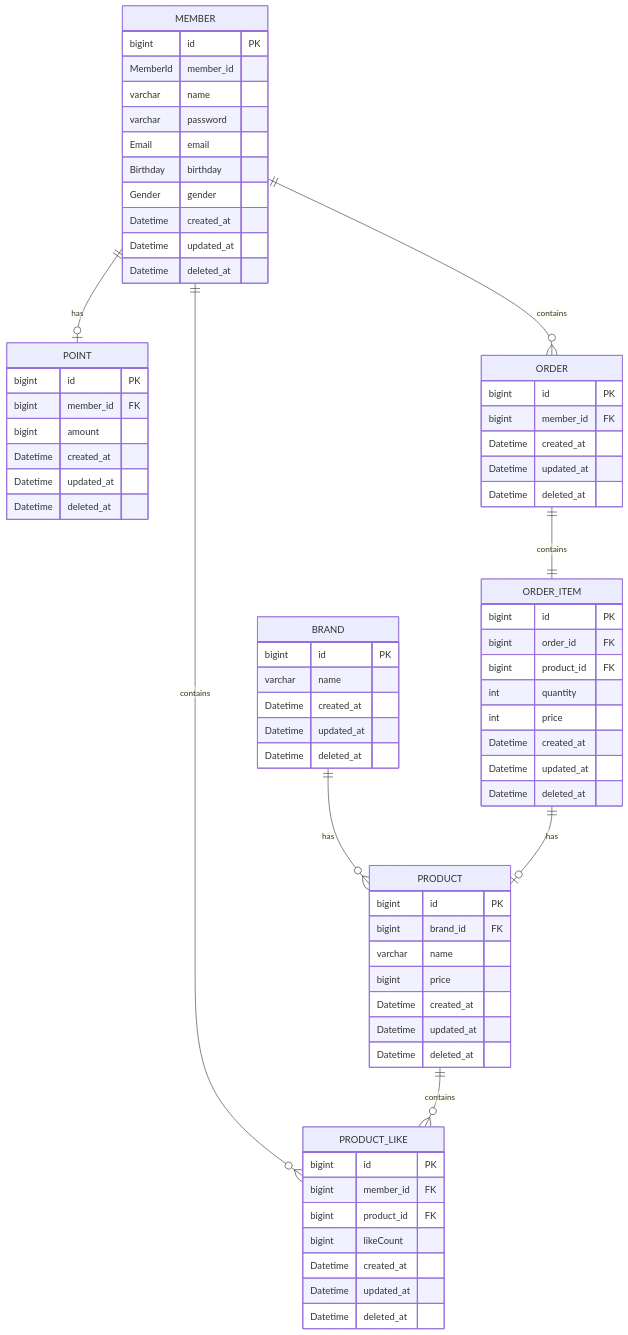
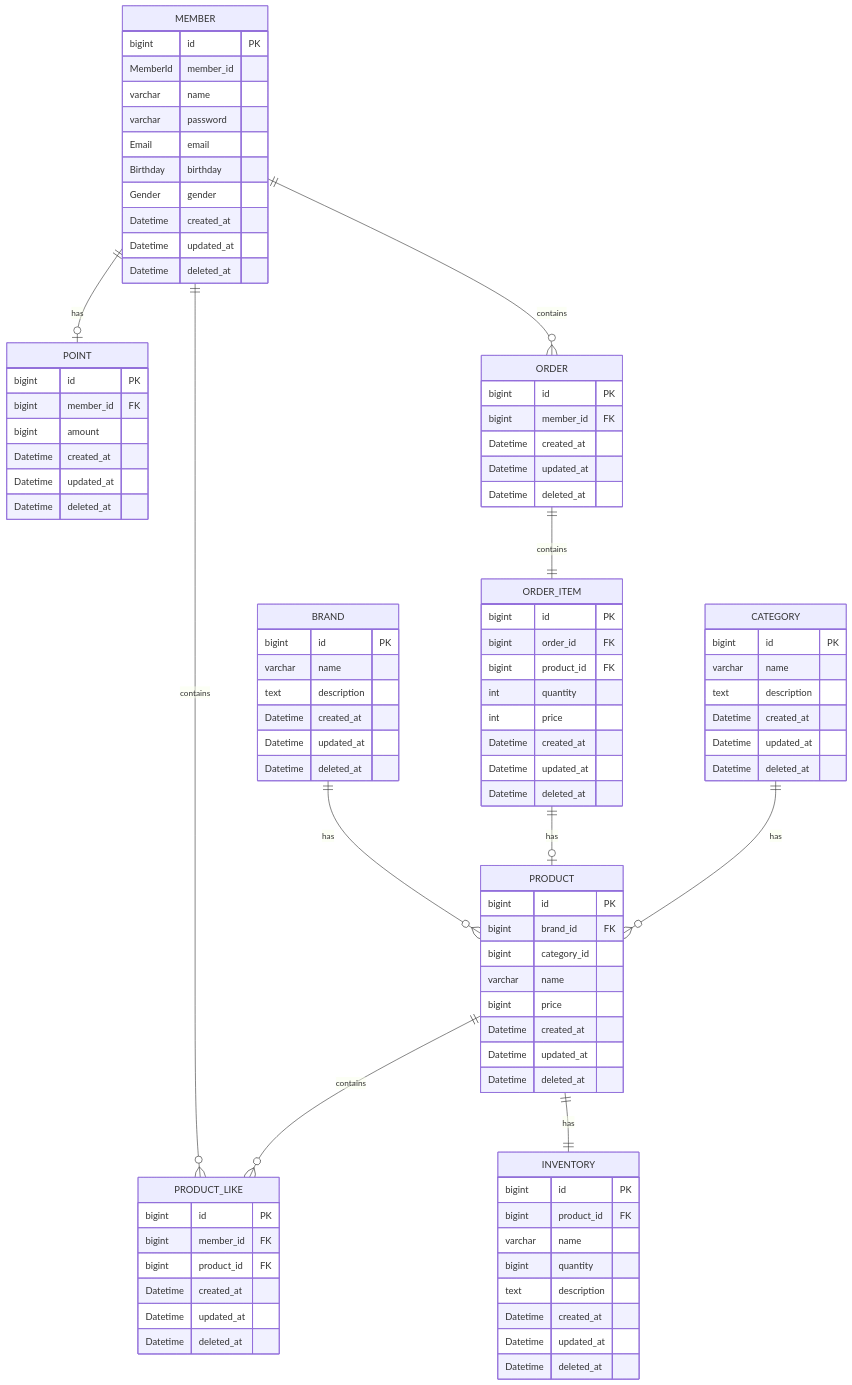
Before and after one commit to impwy/loopers-ecommerce: the diagram in docs/design/04-erd.md, drawn with Mermaid.

Commit message:
Update 04-erd.md
ERD 수정

````diff
--- a/docs/design/04-erd.md
+++ b/docs/design/04-erd.md
@@ -18,7 +18,6 @@
         bigint id PK
         bigint member_id FK
         bigint product_id FK
-        bigint likeCount
         
         Datetime created_at
         Datetime updated_at
@@ -59,9 +58,32 @@
     PRODUCT {
         bigint id PK
         bigint brand_id FK
+        bigint category_id
         varchar name
         bigint price
         
+        Datetime created_at
+        Datetime updated_at
+        Datetime deleted_at
+    }
+
+    CATEGORY {
+        bigint id PK
+        varchar name
+        text description
+
+        Datetime created_at
+        Datetime updated_at
+        Datetime deleted_at
+    }
+
+    INVENTORY {
+        bigint id PK
+        bigint product_id FK
+        varchar name
+        bigint quantity
+        text description
+
         Datetime created_at
         Datetime updated_at
         Datetime deleted_at
@@ -70,6 +92,7 @@
     BRAND {
         bigint id PK
         varchar name
+        text description
         
         Datetime created_at
         Datetime updated_at
@@ -83,4 +106,6 @@
     PRODUCT ||--o{ PRODUCT_LIKE : contains
     BRAND ||--o{ PRODUCT : has
     ORDER_ITEM ||--o| PRODUCT : has
+    PRODUCT ||--|| INVENTORY : has
+    CATEGORY ||--o{ PRODUCT : has
 ```
````
